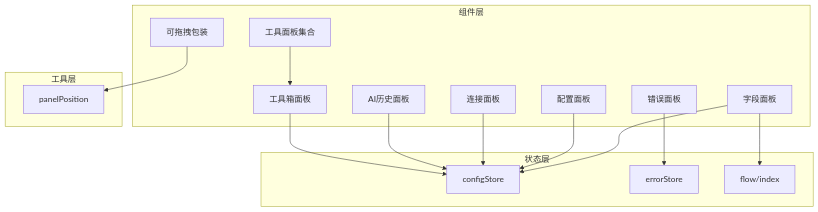
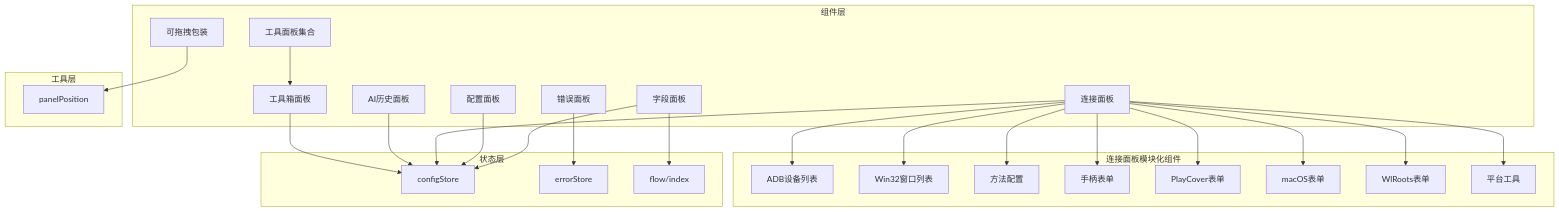
One commit to kqcoxn/MaaPipelineEditor changed the second of 12 diagrams in .qoder/repowiki/zh/content/用户界面/面板系统/面板系统.md. Above: the diagram before and after it, drawn with Mermaid. The commit also changed other lines of this file and 6 other files, not shown here.

````diff
--- a/.qoder/repowiki/zh/content/用户界面/面板系统/面板系统.md
+++ b/.qoder/repowiki/zh/content/用户界面/面板系统/面板系统.md
@@ -161,30 +179,48 @@
 ```mermaid
 graph TB
 subgraph "组件层"
 FP["字段面板"]
 CP["配置面板"]
 CONP["连接面板"]
 EP["错误面板"]
 AHP["AI历史面板"]
 TB["工具箱面板"]
 DP["可拖拽包装"]
 TP["工具面板集合"]
+end
+subgraph "连接面板模块化组件"
+ADBL["ADB设备列表"]
+WINL["Win32窗口列表"]
+METH["方法配置"]
+GPFORM["手柄表单"]
+PCFORM["PlayCover表单"]
+MACFORM["macOS表单"]
+WLFORM["WlRoots表单"]
+UTILS["平台工具"]
 end
 subgraph "状态层"
 CS["configStore"]
 ES["errorStore"]
 FS["flow/index"]
 end
 subgraph "工具层"
 PP["panelPosition"]
 end
 FP --> CS
 FP --> FS
 CP --> CS
 CONP --> CS
+CONP --> UTILS
+CONP --> ADBL
+CONP --> WINL
+CONP --> METH
+CONP --> GPFORM
+CONP --> PCFORM
+CONP --> MACFORM
+CONP --> WLFORM
 EP --> ES
 AHP --> CS
 TB --> CS
 DP --> PP
 TP --> TB
 ```
````
